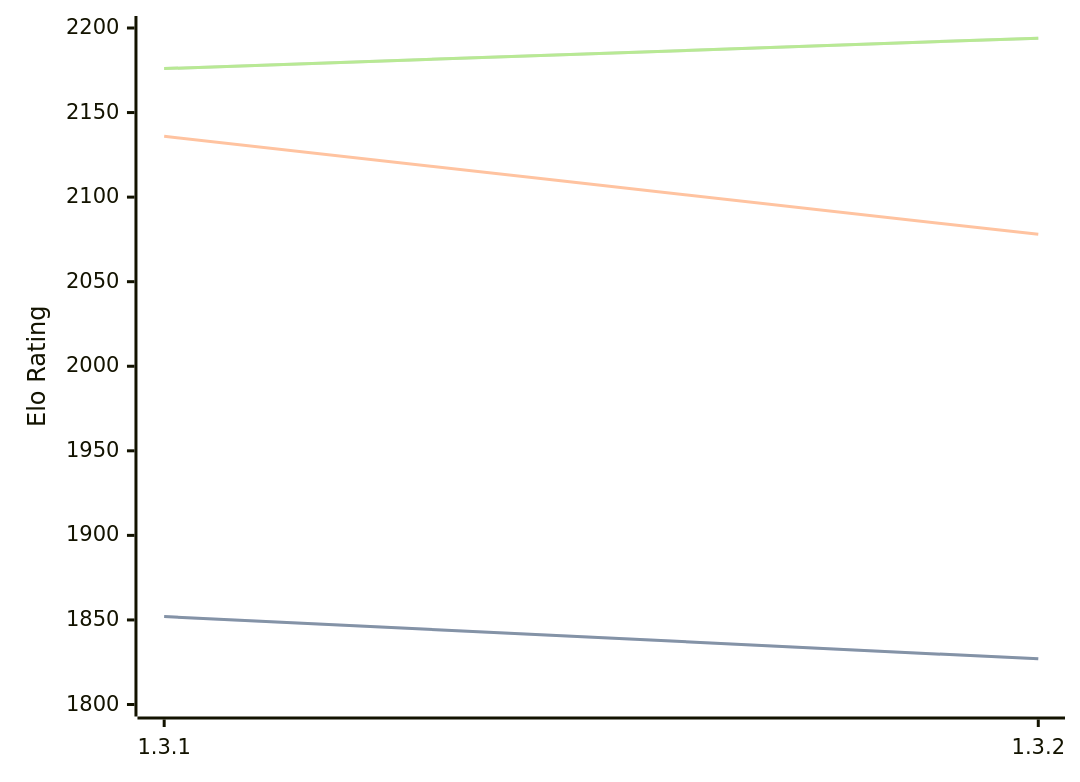
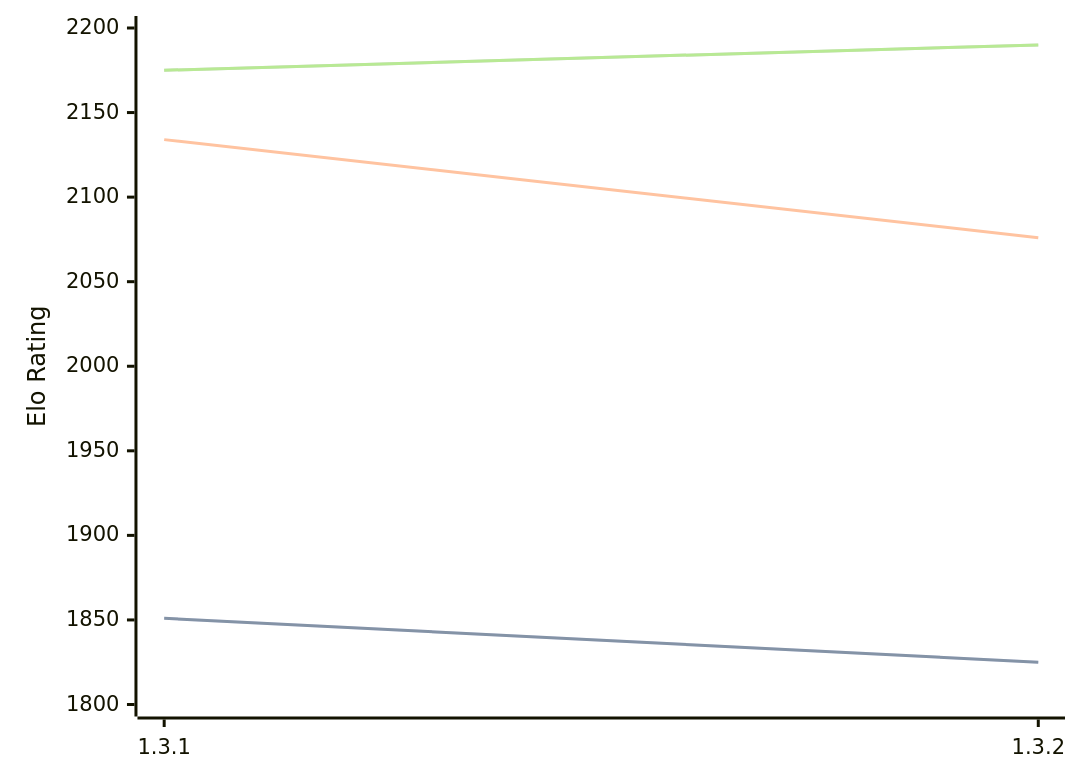
The third of 3 diagrams in engines/Zugblitz.md (computer-chess-index/cci), drawn with Mermaid before and after one commit. The commit also changed other lines of this file, not shown here.

Commit message:
Update CCI Ratings (ELO VLTC) - 2026-06-26

````diff
--- a/engines/Zugblitz.md
+++ b/engines/Zugblitz.md
@@ -65,11 +65,11 @@
 ```mermaid
 %%{init: {"theme":"base","themeVariables":{"seriesColors:['#a3a3a3','#222221','#faa371']}}}%%
 xychart-beta
   x-axis ["1.3.1", "1.3.2"]
   y-axis "Elo Rating" 1800 --> 2200
-  line "STC (8.0+0.08s)" [1852, 1827]
-  line "STC (8.0+0.08s)" [1852, 1827]
-  line "LTC (60.0+0.60s)" [2136, 2078]
-  line "VLTC (2m24s+1.12s)" [2176, 2194]
-  line "VLTC (2m24s+1.12s)" [2176, 2194]
+  line "STC (8.0+0.08s)" [1851, 1825]
+  line "STC (8.0+0.08s)" [1851, 1825]
+  line "LTC (60.0+0.60s)" [2134, 2076]
+  line "VLTC (2m24s+1.12s)" [2175, 2190]
+  line "VLTC (2m24s+1.12s)" [2175, 2190]
 ```
````
